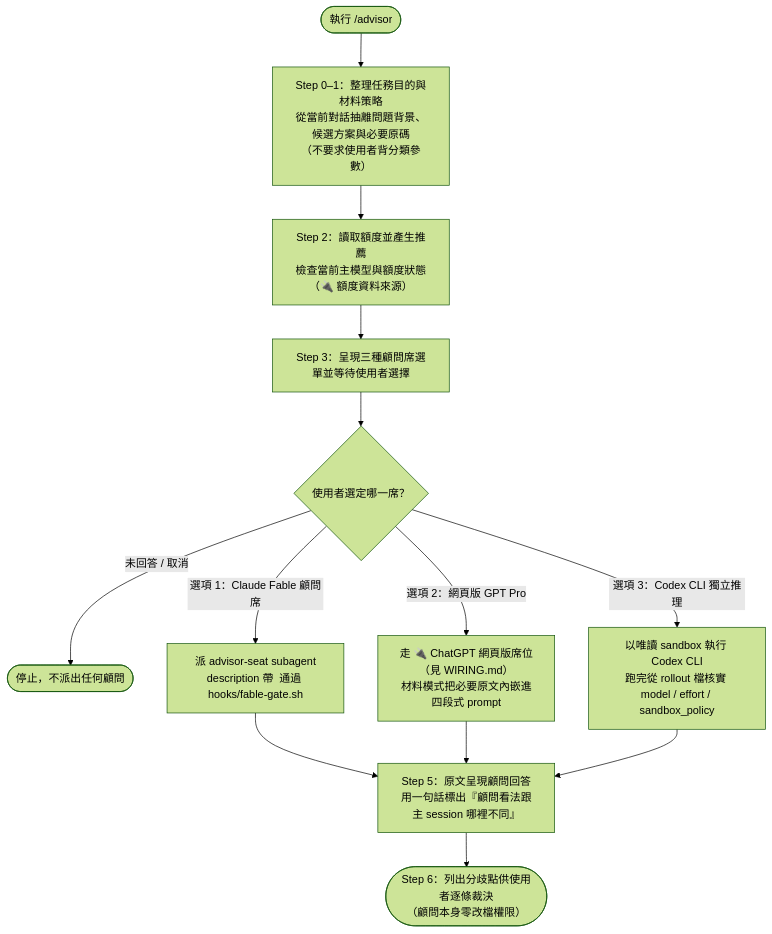
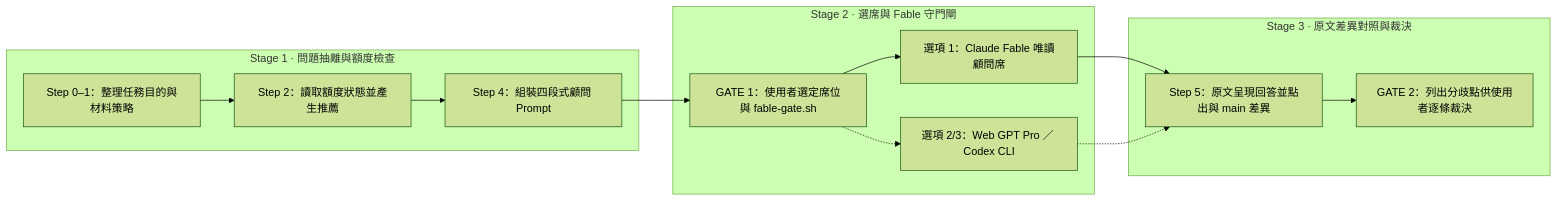
One commit to GGGODLIN/gggodlin-cc-harness changed the diagram in commands/advisor.overview.md. Above: the diagram before and after it, drawn with Mermaid (forest theme). The commit also changed other lines of this file and 19 other files, not shown here.

Commit message:
docs: add wide Diagram Design SVG figures for all 10 major mechanisms

````diff
--- a/commands/advisor.overview.md
+++ b/commands/advisor.overview.md
@@ -7,19 +12,16 @@
 ```mermaid
-flowchart TD
-  Start(["執行 /advisor"]) --> Step0["Step 0–1：整理任務目的與材料策略\n從當前對話抽離問題背景、候選方案與必要原碼\n（不要求使用者背分類參數）"]
-  Step0 --> Step2["Step 2：讀取額度並產生推薦\n檢查當前主模型與額度狀態（🔌 額度資料來源）"]
-  Step2 --> Step3["Step 3：呈現三種顧問席選單並等待使用者選擇"]
-
-  Step3 --> Pick{"使用者選定哪一席？"}
-  Pick -- "未回答 / 取消" --> Stop(["停止，不派出任何顧問"])
-
-  Pick -- "選項 1：Claude Fable 顧問席" --> Seat1["派 advisor-seat subagent\ndescription 帶 <fable-ok> 通過 hooks/fable-gate.sh"]
-  Pick -- "選項 2：網頁版 GPT Pro" --> Seat2["走 🔌 ChatGPT 網頁版席位（見 WIRING.md）\n材料模式把必要原文內嵌進四段式 prompt"]
-  Pick -- "選項 3：Codex CLI 獨立推理" --> Seat3["以唯讀 sandbox 執行 Codex CLI\n跑完從 rollout 檔核實 model / effort / sandbox_policy"]
-
-  Seat1 --> Step5["Step 5：原文呈現顧問回答\n用一句話標出『顧問看法跟主 session 哪裡不同』"]
-  Seat2 --> Step5
-  Seat3 --> Step5
-
-  Step5 --> Step6(["Step 6：列出分歧點供使用者逐條裁決\n（顧問本身零改檔權限）"])
+flowchart LR
+  subgraph S1["Stage 1 · 問題抽離與額度檢查"]
+    Step0["Step 0–1：整理任務目的與材料策略"] --> Step2["Step 2：讀取額度狀態並產生推薦"] --> Step4["Step 4：組裝四段式顧問 Prompt"]
+  end
+  subgraph S2["Stage 2 · 選席與 Fable 守門閘"]
+    Gate1["GATE 1：使用者選定席位與 fable-gate.sh"] --> Seat1["選項 1：Claude Fable 唯讀顧問席"]
+    Gate1 -.-> SeatExt["選項 2/3：Web GPT Pro ／ Codex CLI"]
+  end
+  subgraph S3["Stage 3 · 原文差異對照與裁決"]
+    Step5["Step 5：原文呈現回答並點出與 main 差異"] --> Step6["GATE 2：列出分歧點供使用者逐條裁決"]
+  end
+  Step4 --> Gate1
+  Seat1 --> Step5
+  SeatExt -.-> Step5
 ```
````
